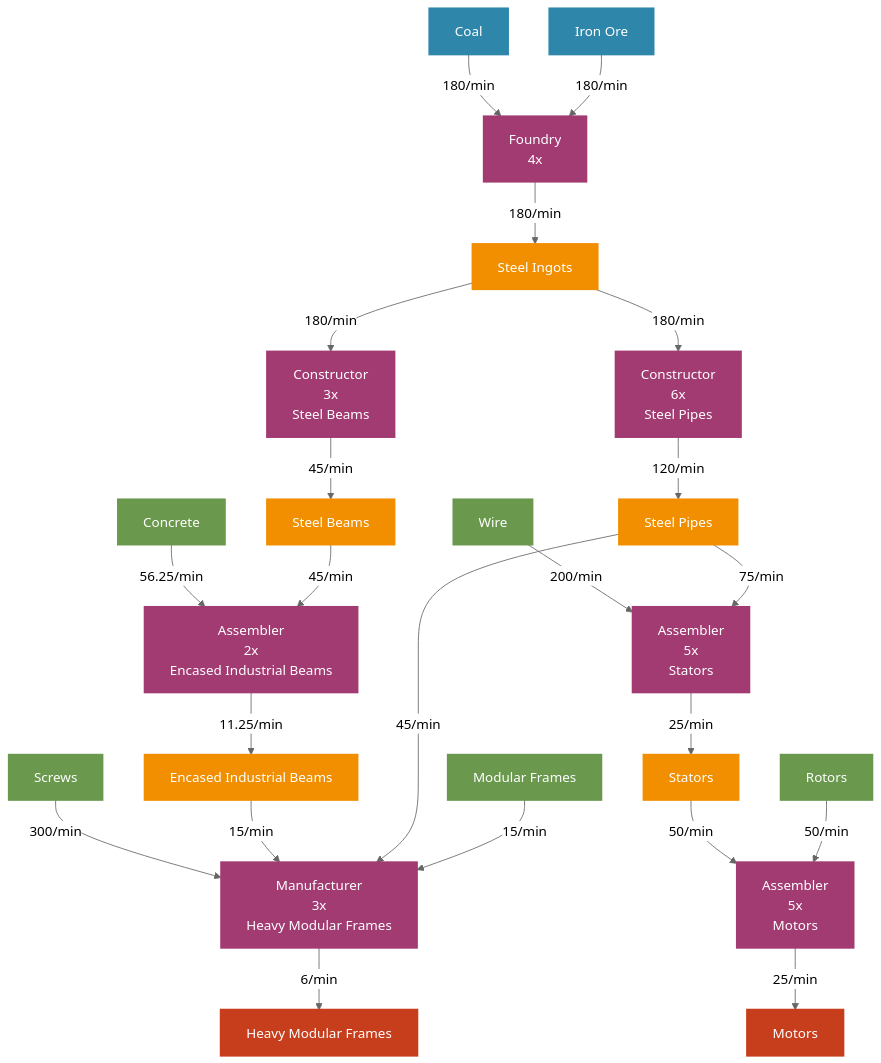
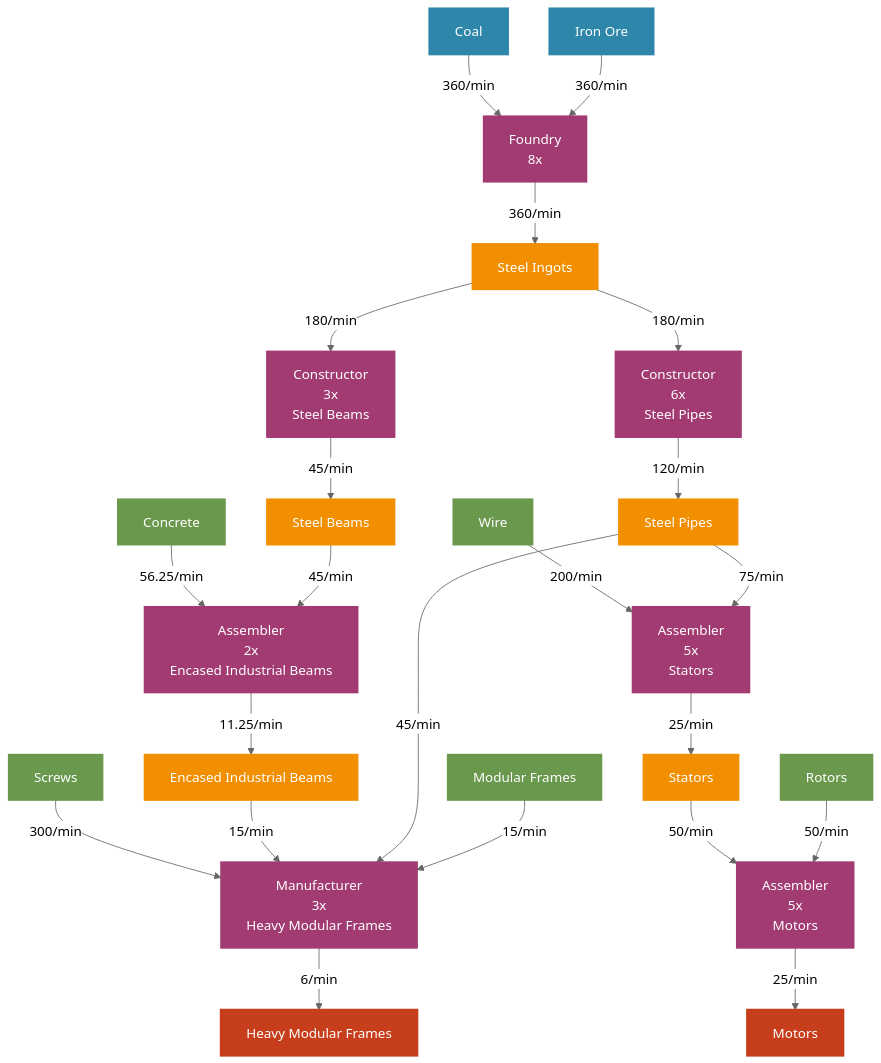
One commit to ymerej/Satisfactory changed the diagram in SteelMotorsFactoryFlowChart_JesseStyle.md. Above: the diagram before and after it, drawn with Mermaid (neutral theme). The commit also changed other lines of this file and 1 other file, not shown here.

Commit message:
Corrected steel ratios

````diff
--- a/SteelMotorsFactoryFlowChart_JesseStyle.md
+++ b/SteelMotorsFactoryFlowChart_JesseStyle.md
@@ -5,52 +5,52 @@
 ```mermaid
 flowchart TD
     %% Raw Inputs
-    A[Iron Ore] -->|180/min| B[Foundry<br/>4x]
-    C[Coal] -->|180/min| B
+    A[Iron Ore] -->|360/min| B[Foundry<br/>8x]
+    C[Coal] -->|360/min| B
     
     %% Floor 1 - Steel Ingots
-    B -->|180/min| D[Steel Ingots]
+    B -->|360/min| D[Steel Ingots]
     
     %% Floor 2 - Basic Steel Component Split
     D -->|180/min| E[Constructor<br/>3x<br/>Steel Beams]
     D -->|180/min| F[Constructor<br/>6x<br/>Steel Pipes]
     
     E -->|45/min| G[Steel Beams]
     F -->|120/min| H[Steel Pipes]
     
     %% Floor 3 - Intermediate Assembly
     G -->|45/min| I[Assembler<br/>2x<br/>Encased Industrial Beams]
     J[Concrete] -->|56.25/min| I
     H -->|75/min| K[Assembler<br/>5x<br/>Stators]
     L[Wire] -->|200/min| K
     
     I -->|11.25/min| M[Encased Industrial Beams]
     K -->|25/min| N[Stators]
     
     %% Floor 4 - Advanced Assembly
     O[Rotors] -->|50/min| P[Assembler<br/>5x<br/>Motors]
     N -->|50/min| P
     
     P -->|25/min| Q[Motors]
     
     %% Heavy Modular Frame Production
     R[Modular Frames] -->|15/min| S[Manufacturer<br/>3x<br/>Heavy Modular Frames]
     H -->|45/min| S
     M -->|15/min| S
     T[Screws] -->|300/min| S
     
     S -->|6/min| U[Heavy Modular Frames]
     
     %% Styling - Jesse Inspired
     classDef rawMaterial fill:#2E86AB,stroke:#2E86AB,stroke-width:3px,color:#fff
     classDef machine fill:#A23B72,stroke:#A23B72,stroke-width:2px,color:#fff
     classDef intermediate fill:#F18F01,stroke:#F18F01,stroke-width:2px,color:#fff
     classDef finalProduct fill:#C73E1D,stroke:#C73E1D,stroke-width:3px,color:#fff
     classDef externalInput fill:#6A994E,stroke:#6A994E,stroke-width:2px,color:#fff
     
     class A,C rawMaterial
     class B,E,F,I,K,P,S machine
     class D,G,H,M,N intermediate
     class Q,U finalProduct
     class J,L,O,R,T externalInput
 ```
````
